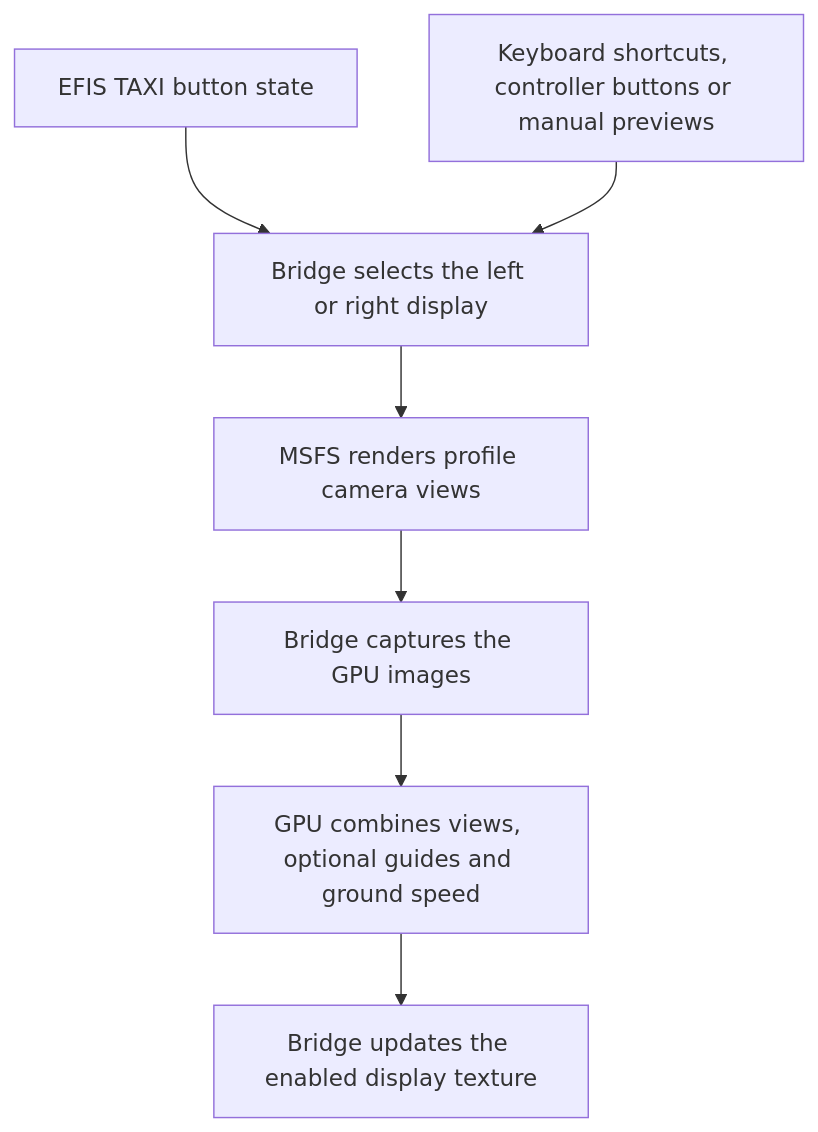
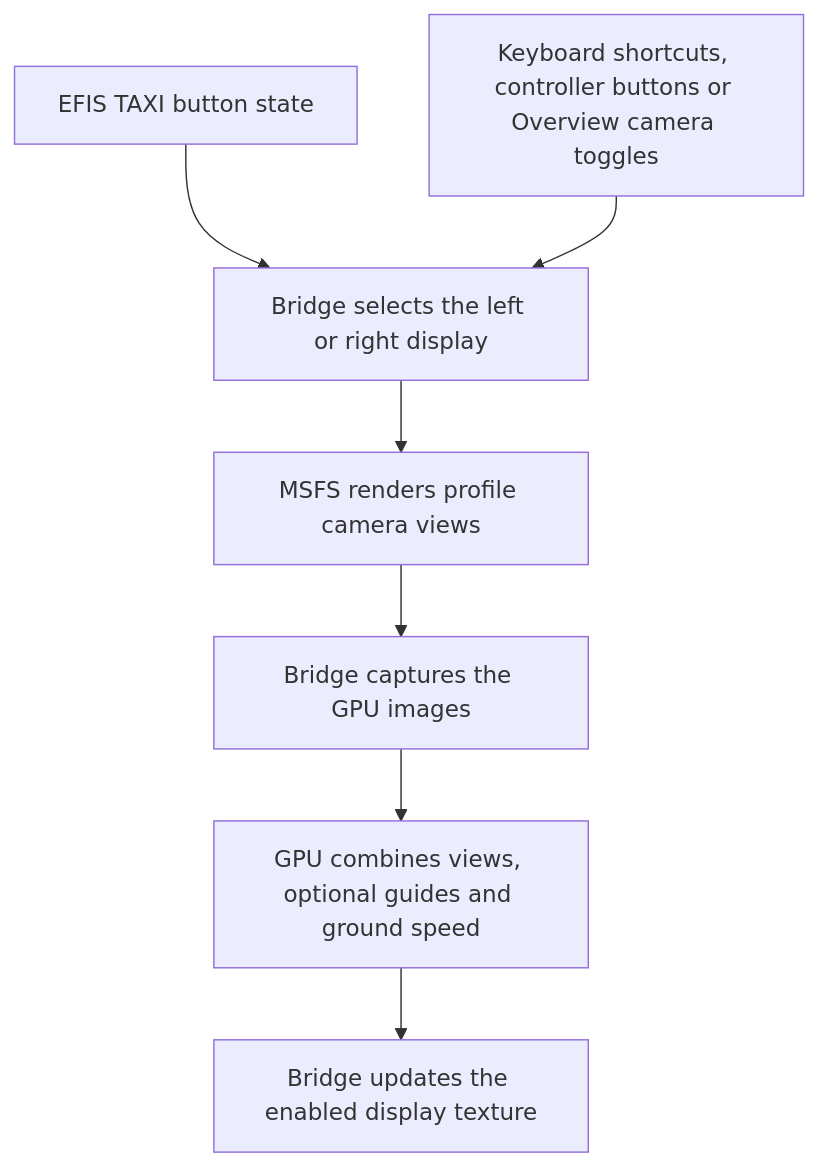
The diagram in docs/architecture.md (rthoms334/taxi-cam), drawn with Mermaid before and after one commit. The commit also changed other lines of this file and 14 other files, not shown here.

```diff
--- a/docs/architecture.md
+++ b/docs/architecture.md
@@ -11,9 +11,9 @@
 ~~~mermaid
 flowchart TD
     Button["EFIS TAXI button state"] --> Control["Bridge selects the left or right display"]
-    Manual["Keyboard shortcuts, controller buttons or manual previews"] --> Control
+    Manual["Keyboard shortcuts, controller buttons or Overview camera toggles"] --> Control
     Control --> Cameras["MSFS renders profile camera views"]
     Cameras --> Capture["Bridge captures the GPU images"]
     Capture --> Combine["GPU combines views, optional guides and ground speed"]
     Combine --> Display["Bridge updates the enabled display texture"]
 ~~~
```
